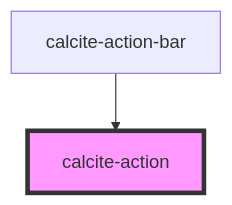
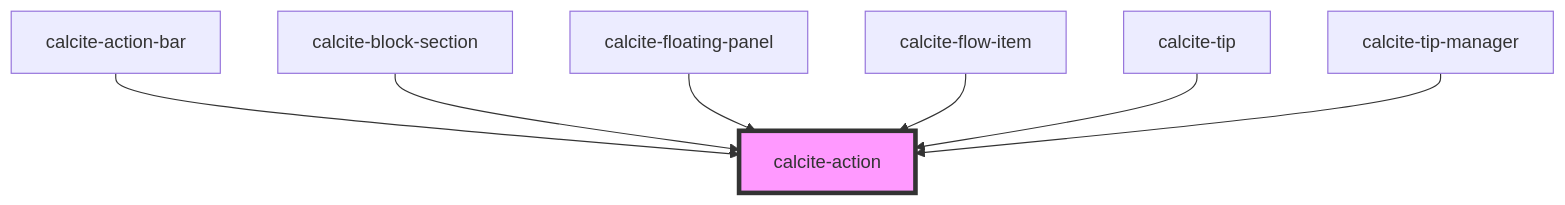
The diagram in src/components/calcite-action/readme.md (Esri/calcite-app-components), drawn with Mermaid before and after one commit. The commit also changed other lines of this file and 95 other files, not shown here.

````diff
--- a/src/components/calcite-action/readme.md
+++ b/src/components/calcite-action/readme.md
@@ -32,5 +37,10 @@
 ```mermaid
 graph TD;
   calcite-action-bar --> calcite-action
+  calcite-block-section --> calcite-action
+  calcite-floating-panel --> calcite-action
+  calcite-flow-item --> calcite-action
+  calcite-tip --> calcite-action
+  calcite-tip-manager --> calcite-action
   style calcite-action fill:#f9f,stroke:#333,stroke-width:4px
 ```
````
